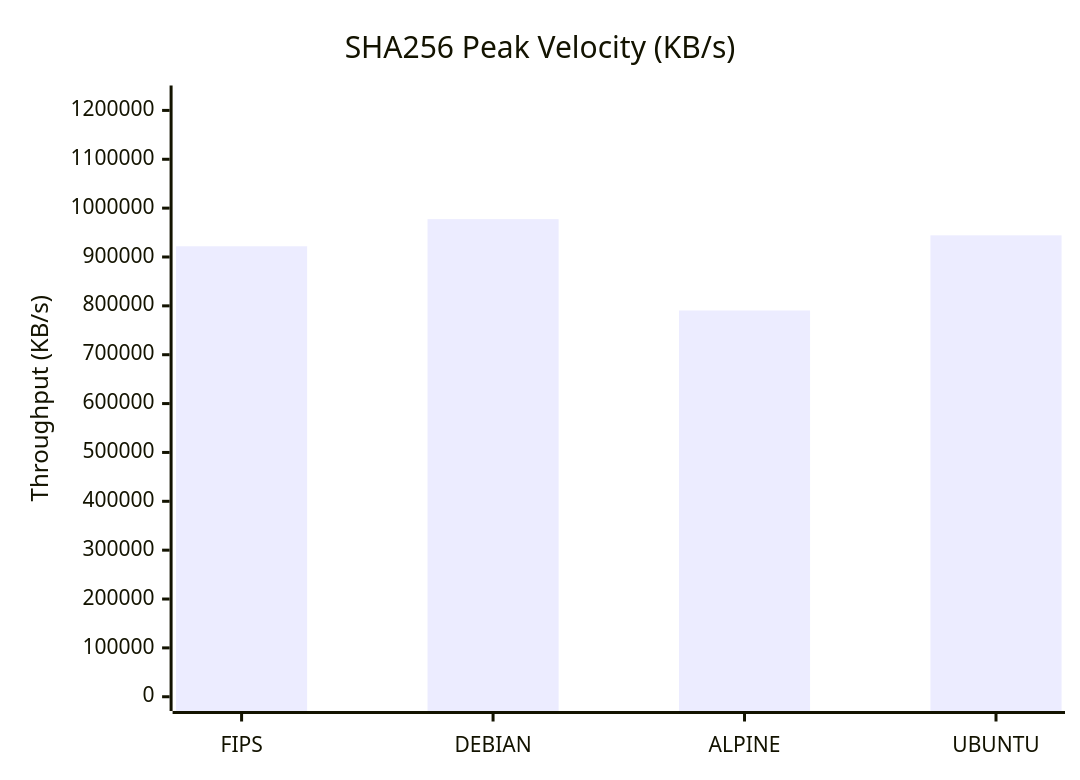
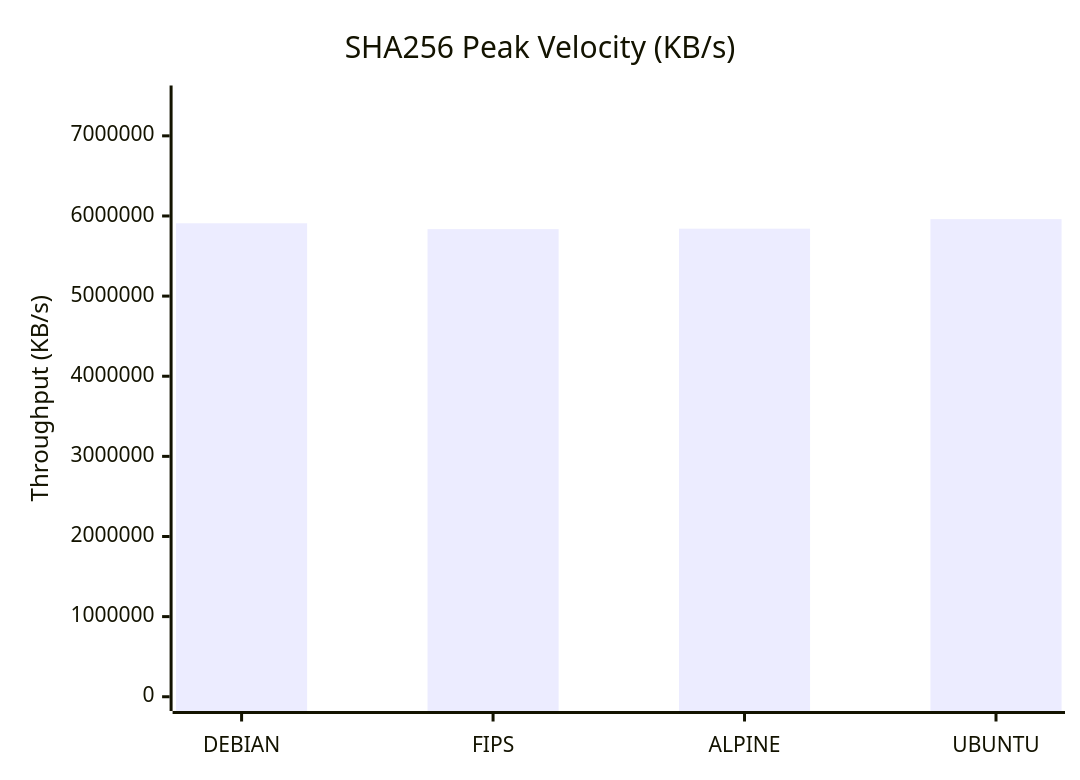
The second of 9 diagrams in docs/Comparison_Report.md (taha2samy/openssl_fips), drawn with Mermaid before and after one commit. The commit also changed other lines of this file and 2 other files, not shown here.

````diff
--- a/docs/Comparison_Report.md
+++ b/docs/Comparison_Report.md
@@ -79,7 +65,7 @@
 ```mermaid
 xychart-beta
     title "SHA256 Peak Velocity (KB/s)"
-    x-axis [FIPS, DEBIAN, ALPINE, UBUNTU]
-    y-axis "Throughput (KB/s)" 0 --> 1221812
-    bar [921900.21, 977450.26, 790513.85, 944350.83]
+    x-axis [DEBIAN, FIPS, ALPINE, UBUNTU]
+    y-axis "Throughput (KB/s)" 0 --> 7450521
+    bar [5909184.51, 5836185.6, 5841321.98, 5960417.28]
 ```
````
